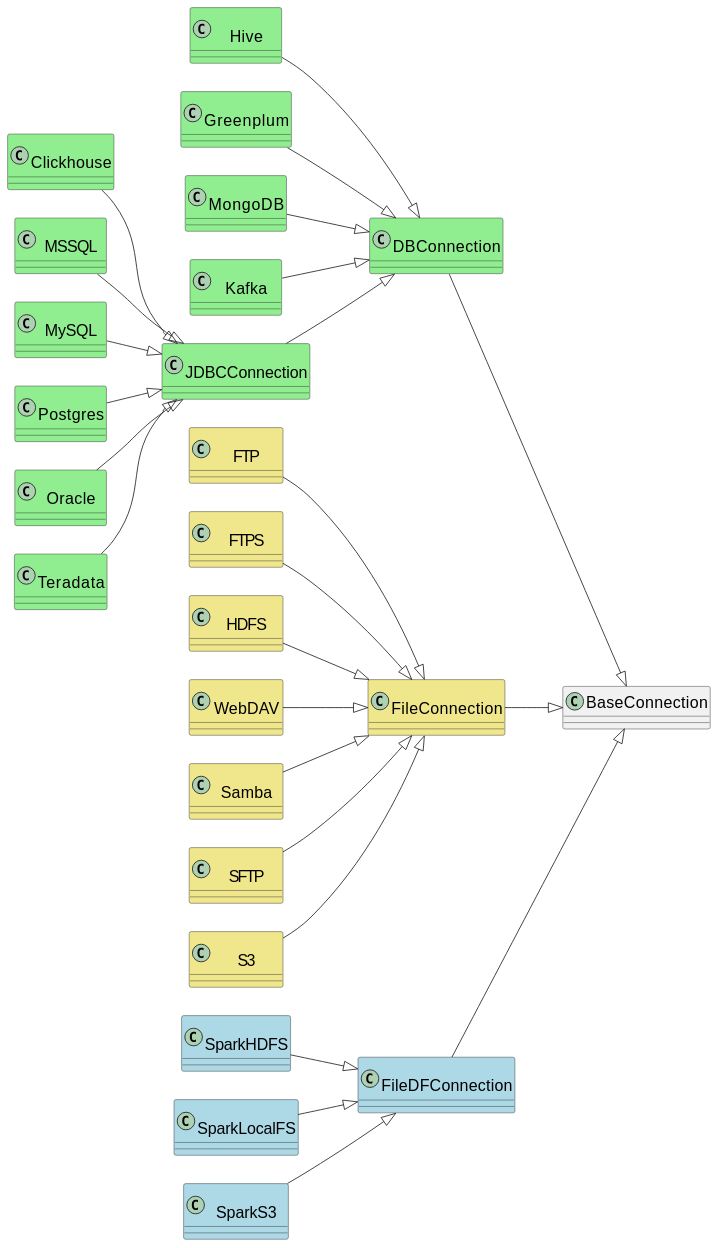
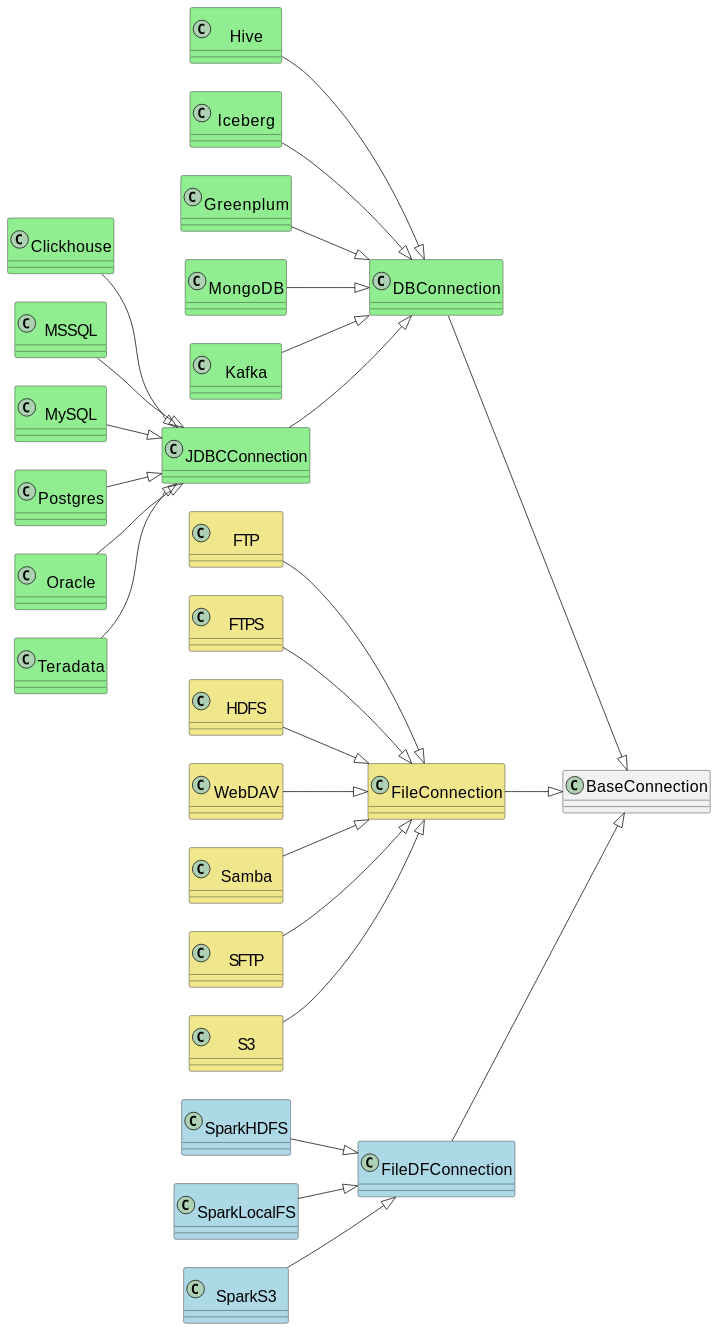
One commit to MobileTeleSystems/onetl changed the diagram in docs/concepts.rst. Above: the diagram before and after it, drawn with PlantUML. The commit also changed 1 other file, not shown here.

Commit message:
[DOP-28362] Note Iceberg in connections list

```diff
--- a/docs/concepts.rst
+++ b/docs/concepts.rst
@@ -55,6 +55,10 @@
     class Hive <<DBConnection>>{
     }
     Hive --|> DBConnection
+
+    class Iceberg <<DBConnection>>{
+    }
+    Iceberg --|> DBConnection
 
     class Greenplum <<DBConnection>>{
     }
```
